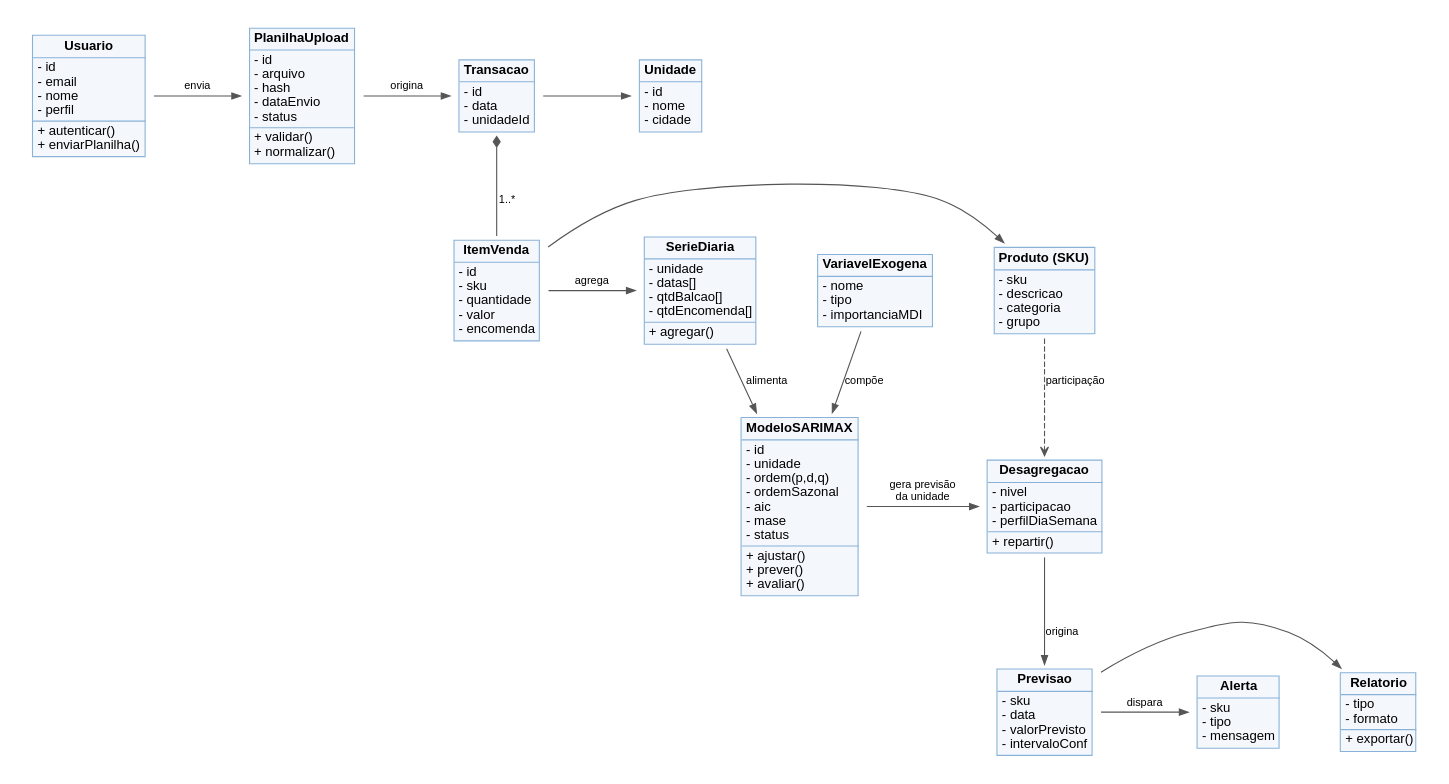
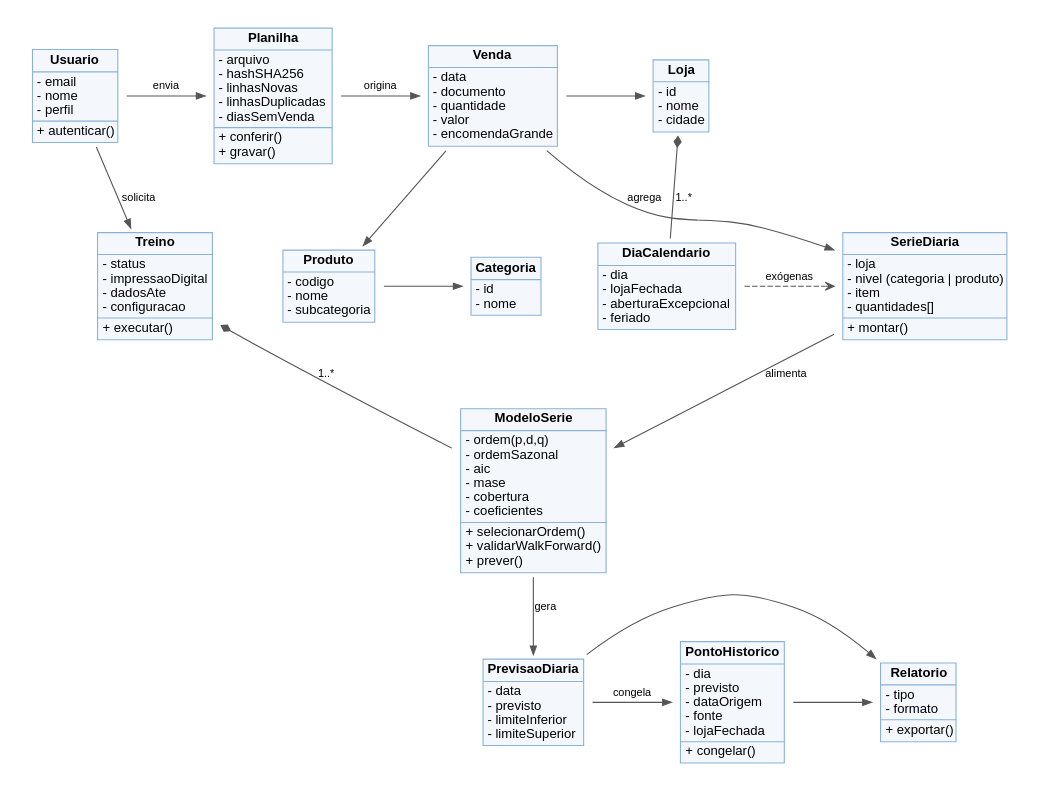
Before and after one commit to FelipeGA02/TCC---Inventory-Forecasting: the diagram in .claude/skills/artigo-tcc/diagramas/fig3_classes.dot, drawn with Graphviz. The commit also changed 28 other files, not shown here.

First line of the commit message:
docs(artigo): relatório técnico v4 e diagramas revisados

```diff
--- a/.claude/skills/artigo-tcc/diagramas/fig3_classes.dot
+++ b/.claude/skills/artigo-tcc/diagramas/fig3_classes.dot
@@ -1,35 +1,36 @@
 digraph CLS {
-  rankdir=TB; nodesep=0.55; ranksep=0.65; newrank=true; pad=0.2;
+  rankdir=TB; nodesep=0.5; ranksep=0.6; newrank=true; pad=0.2;
   node [shape=plaintext, fontname="Arial", fontsize=12];
   edge [color="#555555", arrowsize=0.8, penwidth=1.0, fontname="Arial", fontsize=10];
-  usuario [label=<<TABLE BORDER="1" CELLBORDER="0" CELLSPACING="0" CELLPADDING="3" BGCOLOR="#f4f8fd" COLOR="#8ab2d7"><TR><TD><B>Usuario</B></TD></TR><HR/><TR><TD ALIGN="LEFT" BALIGN="LEFT">- id<BR/>- email<BR/>- nome<BR/>- perfil</TD></TR><HR/><TR><TD ALIGN="LEFT" BALIGN="LEFT">+ autenticar()<BR/>+ enviarPlanilha()</TD></TR></TABLE>>];
-  planilha [label=<<TABLE BORDER="1" CELLBORDER="0" CELLSPACING="0" CELLPADDING="3" BGCOLOR="#f4f8fd" COLOR="#8ab2d7"><TR><TD><B>PlanilhaUpload</B></TD></TR><HR/><TR><TD ALIGN="LEFT" BALIGN="LEFT">- id<BR/>- arquivo<BR/>- hash<BR/>- dataEnvio<BR/>- status</TD></TR><HR/><TR><TD ALIGN="LEFT" BALIGN="LEFT">+ validar()<BR/>+ normalizar()</TD></TR></TABLE>>];
-  transacao [label=<<TABLE BORDER="1" CELLBORDER="0" CELLSPACING="0" CELLPADDING="3" BGCOLOR="#f4f8fd" COLOR="#8ab2d7"><TR><TD><B>Transacao</B></TD></TR><HR/><TR><TD ALIGN="LEFT" BALIGN="LEFT">- id<BR/>- data<BR/>- unidadeId</TD></TR></TABLE>>];
-  unidade [label=<<TABLE BORDER="1" CELLBORDER="0" CELLSPACING="0" CELLPADDING="3" BGCOLOR="#f4f8fd" COLOR="#8ab2d7"><TR><TD><B>Unidade</B></TD></TR><HR/><TR><TD ALIGN="LEFT" BALIGN="LEFT">- id<BR/>- nome<BR/>- cidade</TD></TR></TABLE>>];
-  item [label=<<TABLE BORDER="1" CELLBORDER="0" CELLSPACING="0" CELLPADDING="3" BGCOLOR="#f4f8fd" COLOR="#8ab2d7"><TR><TD><B>ItemVenda</B></TD></TR><HR/><TR><TD ALIGN="LEFT" BALIGN="LEFT">- id<BR/>- sku<BR/>- quantidade<BR/>- valor<BR/>- encomenda</TD></TR></TABLE>>];
-  produto [label=<<TABLE BORDER="1" CELLBORDER="0" CELLSPACING="0" CELLPADDING="3" BGCOLOR="#f4f8fd" COLOR="#8ab2d7"><TR><TD><B>Produto (SKU)</B></TD></TR><HR/><TR><TD ALIGN="LEFT" BALIGN="LEFT">- sku<BR/>- descricao<BR/>- categoria<BR/>- grupo</TD></TR></TABLE>>];
-  serie [label=<<TABLE BORDER="1" CELLBORDER="0" CELLSPACING="0" CELLPADDING="3" BGCOLOR="#f4f8fd" COLOR="#8ab2d7"><TR><TD><B>SerieDiaria</B></TD></TR><HR/><TR><TD ALIGN="LEFT" BALIGN="LEFT">- unidade<BR/>- datas[]<BR/>- qtdBalcao[]<BR/>- qtdEncomenda[]</TD></TR><HR/><TR><TD ALIGN="LEFT" BALIGN="LEFT">+ agregar()</TD></TR></TABLE>>];
-  exog [label=<<TABLE BORDER="1" CELLBORDER="0" CELLSPACING="0" CELLPADDING="3" BGCOLOR="#f4f8fd" COLOR="#8ab2d7"><TR><TD><B>VariavelExogena</B></TD></TR><HR/><TR><TD ALIGN="LEFT" BALIGN="LEFT">- nome<BR/>- tipo<BR/>- importanciaMDI</TD></TR></TABLE>>];
-  modelo [label=<<TABLE BORDER="1" CELLBORDER="0" CELLSPACING="0" CELLPADDING="3" BGCOLOR="#f4f8fd" COLOR="#8ab2d7"><TR><TD><B>ModeloSARIMAX</B></TD></TR><HR/><TR><TD ALIGN="LEFT" BALIGN="LEFT">- id<BR/>- unidade<BR/>- ordem(p,d,q)<BR/>- ordemSazonal<BR/>- aic<BR/>- mase<BR/>- status</TD></TR><HR/><TR><TD ALIGN="LEFT" BALIGN="LEFT">+ ajustar()<BR/>+ prever()<BR/>+ avaliar()</TD></TR></TABLE>>];
-  desag [label=<<TABLE BORDER="1" CELLBORDER="0" CELLSPACING="0" CELLPADDING="3" BGCOLOR="#f4f8fd" COLOR="#8ab2d7"><TR><TD><B>Desagregacao</B></TD></TR><HR/><TR><TD ALIGN="LEFT" BALIGN="LEFT">- nivel<BR/>- participacao<BR/>- perfilDiaSemana</TD></TR><HR/><TR><TD ALIGN="LEFT" BALIGN="LEFT">+ repartir()</TD></TR></TABLE>>];
-  previsao [label=<<TABLE BORDER="1" CELLBORDER="0" CELLSPACING="0" CELLPADDING="3" BGCOLOR="#f4f8fd" COLOR="#8ab2d7"><TR><TD><B>Previsao</B></TD></TR><HR/><TR><TD ALIGN="LEFT" BALIGN="LEFT">- sku<BR/>- data<BR/>- valorPrevisto<BR/>- intervaloConf</TD></TR></TABLE>>];
-  alerta [label=<<TABLE BORDER="1" CELLBORDER="0" CELLSPACING="0" CELLPADDING="3" BGCOLOR="#f4f8fd" COLOR="#8ab2d7"><TR><TD><B>Alerta</B></TD></TR><HR/><TR><TD ALIGN="LEFT" BALIGN="LEFT">- sku<BR/>- tipo<BR/>- mensagem</TD></TR></TABLE>>];
+  usuario [label=<<TABLE BORDER="1" CELLBORDER="0" CELLSPACING="0" CELLPADDING="3" BGCOLOR="#f4f8fd" COLOR="#8ab2d7"><TR><TD><B>Usuario</B></TD></TR><HR/><TR><TD ALIGN="LEFT" BALIGN="LEFT">- email<BR/>- nome<BR/>- perfil</TD></TR><HR/><TR><TD ALIGN="LEFT" BALIGN="LEFT">+ autenticar()</TD></TR></TABLE>>];
+  planilha [label=<<TABLE BORDER="1" CELLBORDER="0" CELLSPACING="0" CELLPADDING="3" BGCOLOR="#f4f8fd" COLOR="#8ab2d7"><TR><TD><B>Planilha</B></TD></TR><HR/><TR><TD ALIGN="LEFT" BALIGN="LEFT">- arquivo<BR/>- hashSHA256<BR/>- linhasNovas<BR/>- linhasDuplicadas<BR/>- diasSemVenda</TD></TR><HR/><TR><TD ALIGN="LEFT" BALIGN="LEFT">+ conferir()<BR/>+ gravar()</TD></TR></TABLE>>];
+  loja [label=<<TABLE BORDER="1" CELLBORDER="0" CELLSPACING="0" CELLPADDING="3" BGCOLOR="#f4f8fd" COLOR="#8ab2d7"><TR><TD><B>Loja</B></TD></TR><HR/><TR><TD ALIGN="LEFT" BALIGN="LEFT">- id<BR/>- nome<BR/>- cidade</TD></TR></TABLE>>];
+  calendario [label=<<TABLE BORDER="1" CELLBORDER="0" CELLSPACING="0" CELLPADDING="3" BGCOLOR="#f4f8fd" COLOR="#8ab2d7"><TR><TD><B>DiaCalendario</B></TD></TR><HR/><TR><TD ALIGN="LEFT" BALIGN="LEFT">- dia<BR/>- lojaFechada<BR/>- aberturaExcepcional<BR/>- feriado</TD></TR></TABLE>>];
+  venda [label=<<TABLE BORDER="1" CELLBORDER="0" CELLSPACING="0" CELLPADDING="3" BGCOLOR="#f4f8fd" COLOR="#8ab2d7"><TR><TD><B>Venda</B></TD></TR><HR/><TR><TD ALIGN="LEFT" BALIGN="LEFT">- data<BR/>- documento<BR/>- quantidade<BR/>- valor<BR/>- encomendaGrande</TD></TR></TABLE>>];
+  produto [label=<<TABLE BORDER="1" CELLBORDER="0" CELLSPACING="0" CELLPADDING="3" BGCOLOR="#f4f8fd" COLOR="#8ab2d7"><TR><TD><B>Produto</B></TD></TR><HR/><TR><TD ALIGN="LEFT" BALIGN="LEFT">- codigo<BR/>- nome<BR/>- subcategoria</TD></TR></TABLE>>];
+  categoria [label=<<TABLE BORDER="1" CELLBORDER="0" CELLSPACING="0" CELLPADDING="3" BGCOLOR="#f4f8fd" COLOR="#8ab2d7"><TR><TD><B>Categoria</B></TD></TR><HR/><TR><TD ALIGN="LEFT" BALIGN="LEFT">- id<BR/>- nome</TD></TR></TABLE>>];
+  serie [label=<<TABLE BORDER="1" CELLBORDER="0" CELLSPACING="0" CELLPADDING="3" BGCOLOR="#f4f8fd" COLOR="#8ab2d7"><TR><TD><B>SerieDiaria</B></TD></TR><HR/><TR><TD ALIGN="LEFT" BALIGN="LEFT">- loja<BR/>- nivel (categoria | produto)<BR/>- item<BR/>- quantidades[]</TD></TR><HR/><TR><TD ALIGN="LEFT" BALIGN="LEFT">+ montar()</TD></TR></TABLE>>];
+  treino [label=<<TABLE BORDER="1" CELLBORDER="0" CELLSPACING="0" CELLPADDING="3" BGCOLOR="#f4f8fd" COLOR="#8ab2d7"><TR><TD><B>Treino</B></TD></TR><HR/><TR><TD ALIGN="LEFT" BALIGN="LEFT">- status<BR/>- impressaoDigital<BR/>- dadosAte<BR/>- configuracao</TD></TR><HR/><TR><TD ALIGN="LEFT" BALIGN="LEFT">+ executar()</TD></TR></TABLE>>];
+  modelo [label=<<TABLE BORDER="1" CELLBORDER="0" CELLSPACING="0" CELLPADDING="3" BGCOLOR="#f4f8fd" COLOR="#8ab2d7"><TR><TD><B>ModeloSerie</B></TD></TR><HR/><TR><TD ALIGN="LEFT" BALIGN="LEFT">- ordem(p,d,q)<BR/>- ordemSazonal<BR/>- aic<BR/>- mase<BR/>- cobertura<BR/>- coeficientes</TD></TR><HR/><TR><TD ALIGN="LEFT" BALIGN="LEFT">+ selecionarOrdem()<BR/>+ validarWalkForward()<BR/>+ prever()</TD></TR></TABLE>>];
+  previsao [label=<<TABLE BORDER="1" CELLBORDER="0" CELLSPACING="0" CELLPADDING="3" BGCOLOR="#f4f8fd" COLOR="#8ab2d7"><TR><TD><B>PrevisaoDiaria</B></TD></TR><HR/><TR><TD ALIGN="LEFT" BALIGN="LEFT">- data<BR/>- previsto<BR/>- limiteInferior<BR/>- limiteSuperior</TD></TR></TABLE>>];
+  historico [label=<<TABLE BORDER="1" CELLBORDER="0" CELLSPACING="0" CELLPADDING="3" BGCOLOR="#f4f8fd" COLOR="#8ab2d7"><TR><TD><B>PontoHistorico</B></TD></TR><HR/><TR><TD ALIGN="LEFT" BALIGN="LEFT">- dia<BR/>- previsto<BR/>- dataOrigem<BR/>- fonte<BR/>- lojaFechada</TD></TR><HR/><TR><TD ALIGN="LEFT" BALIGN="LEFT">+ congelar()</TD></TR></TABLE>>];
   relatorio [label=<<TABLE BORDER="1" CELLBORDER="0" CELLSPACING="0" CELLPADDING="3" BGCOLOR="#f4f8fd" COLOR="#8ab2d7"><TR><TD><B>Relatorio</B></TD></TR><HR/><TR><TD ALIGN="LEFT" BALIGN="LEFT">- tipo<BR/>- formato</TD></TR><HR/><TR><TD ALIGN="LEFT" BALIGN="LEFT">+ exportar()</TD></TR></TABLE>>];
   usuario -> planilha [label=" envia"];
-  planilha -> transacao [label=" origina"];
-  transacao -> unidade;
-  transacao -> item [arrowhead=none, arrowtail=diamond, dir=back, label=" 1..*"];
-  item -> produto;
-  item -> serie [label=" agrega"];
+  planilha -> venda [label=" origina"];
+  venda -> loja;
+  venda -> produto;
+  produto -> categoria;
+  loja -> calendario [arrowhead=none, arrowtail=diamond, dir=back, label=" 1..*"];
+  venda -> serie [label=" agrega"];
+  calendario -> serie [style=dashed, arrowhead=open, label=" exógenas"];
+  usuario -> treino [label=" solicita"];
+  treino -> modelo [arrowhead=none, arrowtail=diamond, dir=back, label=" 1..*"];
   serie -> modelo [label=" alimenta"];
-  exog -> modelo [label=" compõe"];
-  modelo -> desag [label=" gera previsão\n da unidade"];
-  produto -> desag [style=dashed, arrowhead=open, label=" participação"];
-  desag -> previsao [label=" origina"];
-  previsao -> alerta [label=" dispara"];
+  modelo -> previsao [label=" gera"];
+  previsao -> historico [label=" congela"];
   previsao -> relatorio;
-  {rank=same; usuario; planilha; transacao; unidade;}
-  {rank=same; produto; item; serie; exog;}
-  {rank=same; desag; modelo;}
-  {rank=same; alerta; previsao; relatorio;}
+  historico -> relatorio;
+  {rank=same; usuario; planilha; venda; loja;}
+  {rank=same; treino; categoria; produto; serie; calendario;}
+  {rank=same; previsao; historico; relatorio;}
 }
```
